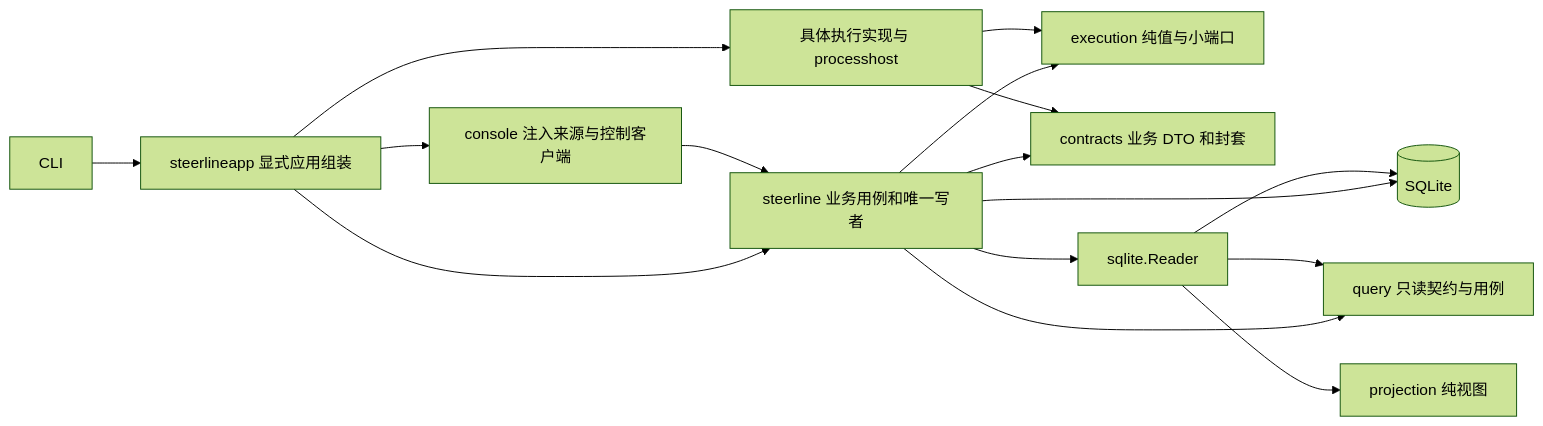
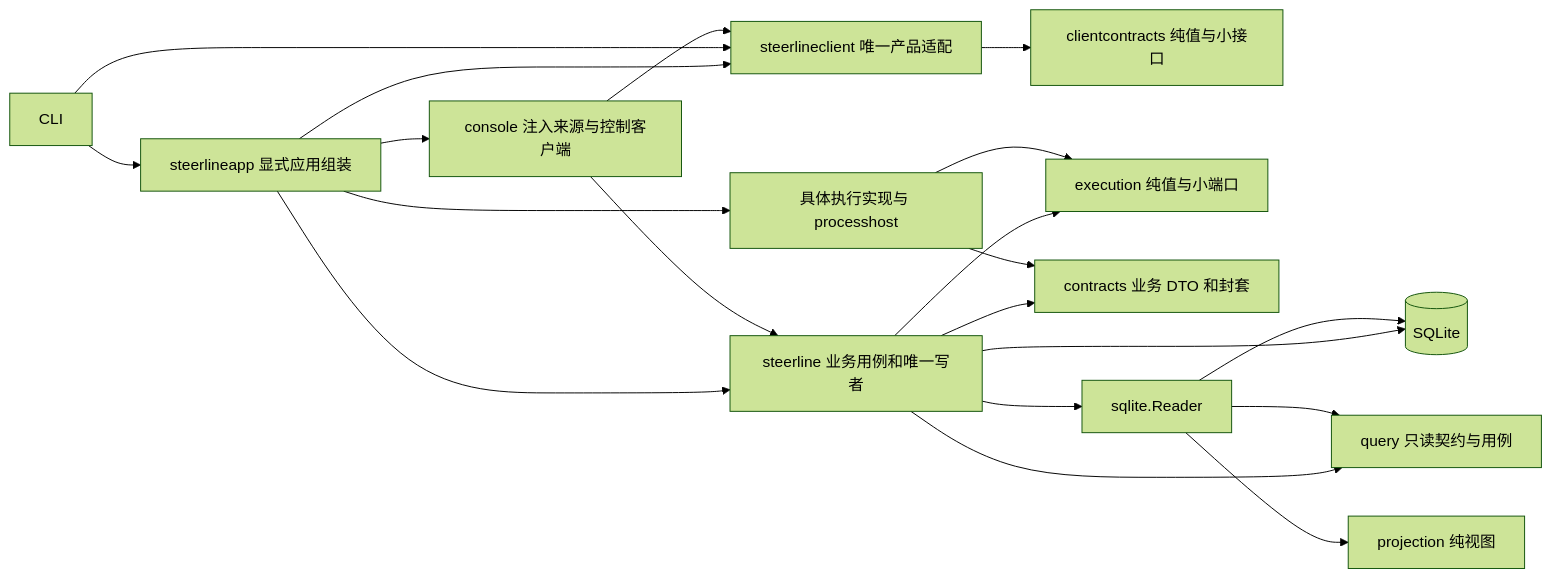
The first of 2 diagrams in docs/architecture/current-code-architecture.md (erranliu/SteerLine), drawn with Mermaid (forest theme) before and after one commit. The commit also changed other lines of this file and 28 other files, not shown here.

Commit message:
feat: route product CLI through injected client adapter

````diff
--- a/docs/architecture/current-code-architecture.md
+++ b/docs/architecture/current-code-architecture.md
@@ -9,18 +9,22 @@
 ```mermaid
 flowchart LR
     Entry[CLI] --> App[steerlineapp 显式应用组装]
     App --> UI[console 注入来源与控制客户端]
+    App --> Client[steerlineclient 唯一产品适配]
+    Entry --> Client
+    UI --> Client
+    Client --> Product[clientcontracts 纯值与小接口]
     App --> Core[steerline 业务用例和唯一写者]
     App --> Impl[具体执行实现与 processhost]
     Core --> Ports[execution 纯值与小端口]
     Core --> Records[contracts 业务 DTO 和封套]
     Impl --> Ports
     Impl --> Records
     Core --> DB[(SQLite)]
     UI --> Core
     Core --> Query[query 只读契约与用例]
     Core --> Reader[sqlite.Reader]
     Reader --> Query
     Reader --> DB
     Reader --> Projection[projection 纯视图]
 ```
````
